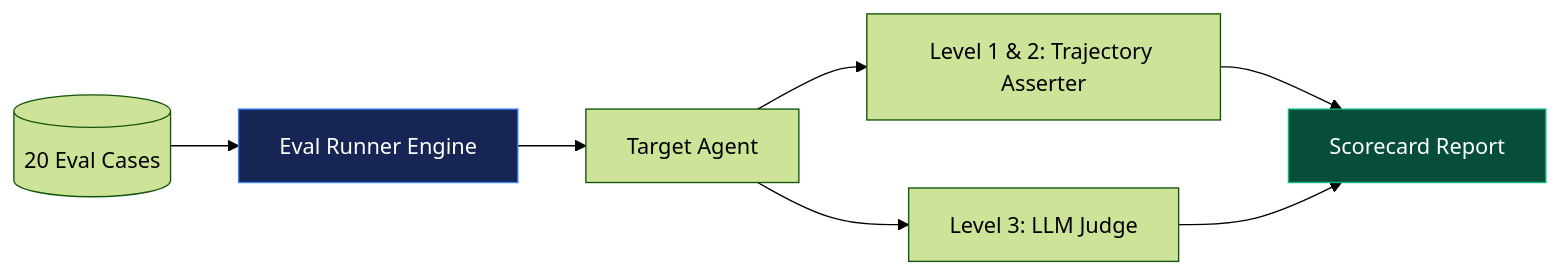
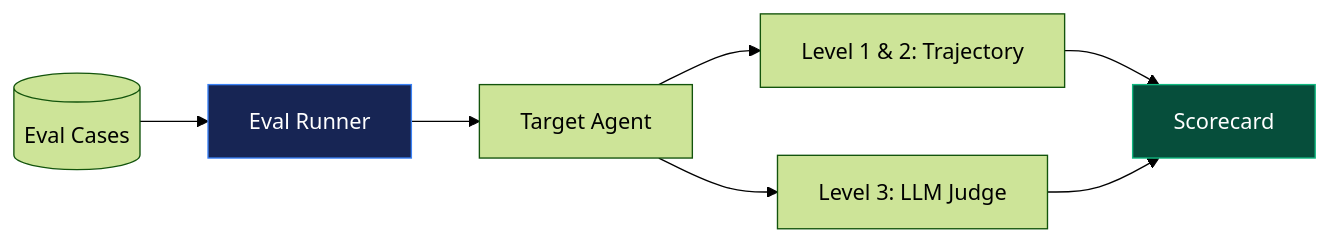
Before and after one commit to tvseshagiri/kaameekru: the second of 2 diagrams in tech/agentic-ai/slides/_10-evaluation.qmd, drawn with Mermaid (forest theme). The commit also changed other lines of this file and 4 other files, not shown here.

````diff
--- a/tech/agentic-ai/slides/_10-evaluation.qmd
+++ b/tech/agentic-ai/slides/_10-evaluation.qmd
@@ -227,11 +340,11 @@
 ```{mermaid}
 graph LR
-    Dataset[(20 Eval Cases)] --> Harness[Eval Runner Engine]
+    Dataset[(Eval Cases)] --> Harness[Eval Runner]
     Harness --> Agent[Target Agent]
-    Agent --> Det[Level 1 & 2: Trajectory Asserter]
+    Agent --> Det[Level 1 & 2: Trajectory]
     Agent --> Judge[Level 3: LLM Judge]
-    Det --> Report[Scorecard Report]
+    Det --> Report[Scorecard]
     Judge --> Report
     style Harness fill:#172554,stroke:#3b82f6,color:#fff
     style Report fill:#064e3b,stroke:#10b981,color:#fff
 ```
````
